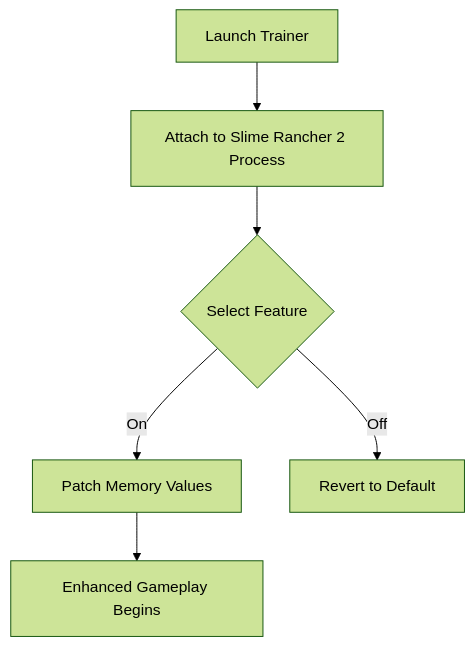
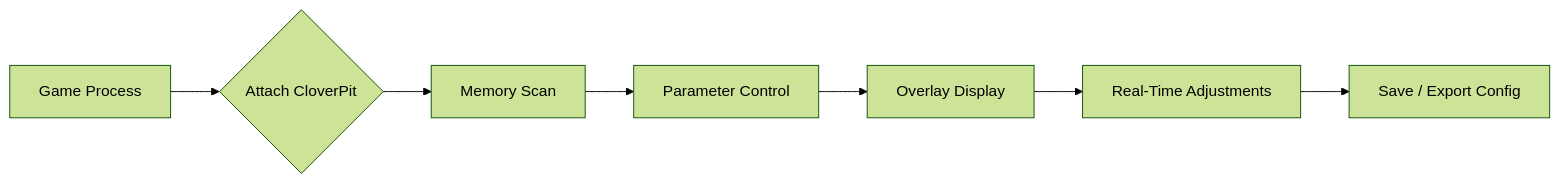
One commit to CloverPit-Trainer-Tool/.github changed the diagram in profile/README.md. Above: the diagram before and after it, drawn with Mermaid (forest theme). The commit also changed other lines of this file, not shown here.

````diff
--- a/profile/README.md
+++ b/profile/README.md
@@ -82,8 +89,9 @@
 ```mermaid
-flowchart TD
-A[Launch Trainer] --> B[Attach to Slime Rancher 2 Process]
-B --> C{Select Feature}
-C -->|On| D[Patch Memory Values]
-C -->|Off| E[Revert to Default]
-D --> F[Enhanced Gameplay Begins]
+flowchart LR
+    A[Game Process] --> B{Attach CloverPit}
+    B --> C[Memory Scan]
+    C --> D[Parameter Control]
+    D --> E[Overlay Display]
+    E --> F[Real-Time Adjustments]
+    F --> G[Save / Export Config]
 ```
````
